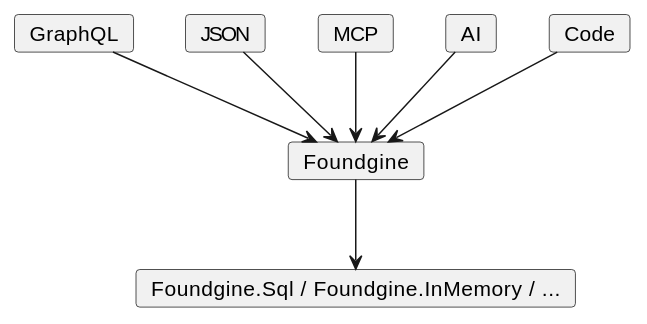
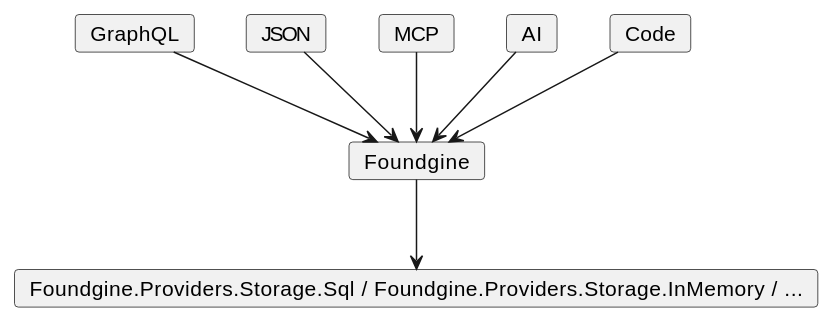
Before and after one commit to CristianBarragan/CoffeeBean: the second of 2 diagrams in docs/APPLICATION-CATEGORIES.md, drawn with PlantUML. The commit also changed other lines of this file and 1325 other files, not shown here.

````diff
--- a/docs/APPLICATION-CATEGORIES.md
+++ b/docs/APPLICATION-CATEGORIES.md
@@ -49,17 +49,17 @@
 ```plantuml
 @startuml
 card GraphQL
 card JSON
 card MCP
 card AI
 card Code
 card Foundgine
-card "Foundgine.Sql / Foundgine.InMemory / ..." as Provider
+card "Foundgine.Providers.Storage.Sql / Foundgine.Providers.Storage.InMemory / ..." as Provider
 GraphQL --> Foundgine
 JSON --> Foundgine
 MCP --> Foundgine
 AI --> Foundgine
 Code --> Foundgine
 Foundgine --> Provider
 @enduml
 ```
````
